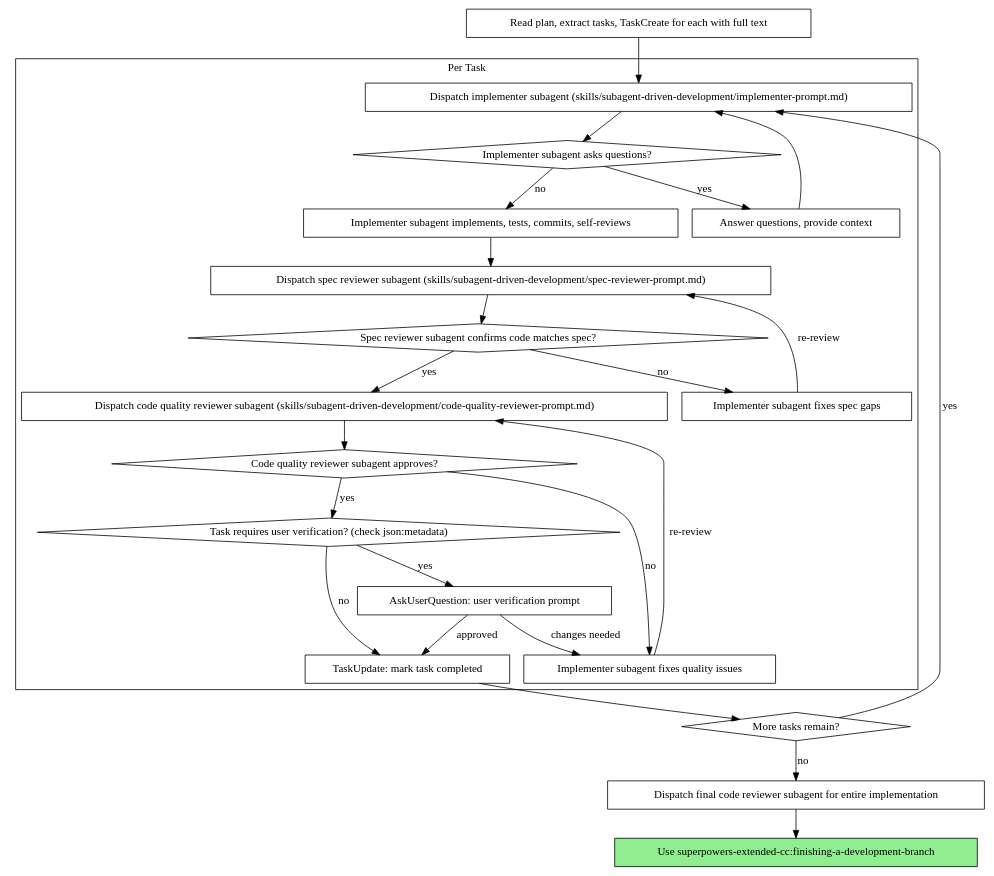
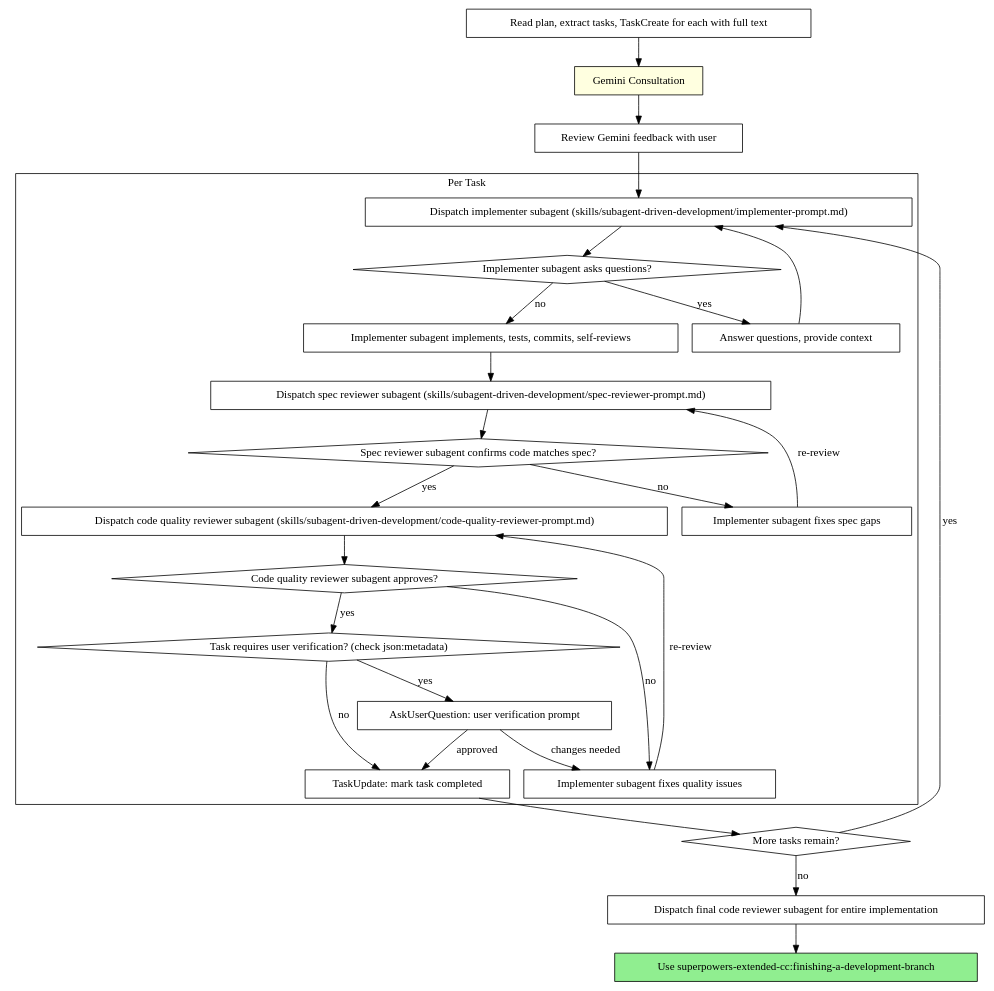
One commit to Khemyst/superpowers changed the second of 2 diagrams in skills/subagent-driven-development/SKILL.md. Above: the diagram before and after it, drawn with Graphviz. The commit also changed other lines of this file and 2 other files, not shown here.

First line of the commit message:
feat: subagent swarm option + gemini consultation phase (Jay's customizations)

````diff
--- a/skills/subagent-driven-development/SKILL.md
+++ b/skills/subagent-driven-development/SKILL.md
@@ -42,50 +42,54 @@
 ```dot
 digraph process {
     rankdir=TB;
 
     subgraph cluster_per_task {
         label="Per Task";
         "Dispatch implementer subagent (skills/subagent-driven-development/implementer-prompt.md)" [shape=box];
         "Implementer subagent asks questions?" [shape=diamond];
         "Answer questions, provide context" [shape=box];
         "Implementer subagent implements, tests, commits, self-reviews" [shape=box];
         "Dispatch spec reviewer subagent (skills/subagent-driven-development/spec-reviewer-prompt.md)" [shape=box];
         "Spec reviewer subagent confirms code matches spec?" [shape=diamond];
         "Implementer subagent fixes spec gaps" [shape=box];
         "Dispatch code quality reviewer subagent (skills/subagent-driven-development/code-quality-reviewer-prompt.md)" [shape=box];
         "Code quality reviewer subagent approves?" [shape=diamond];
         "Implementer subagent fixes quality issues" [shape=box];
         "Task requires user verification? (check json:metadata)" [shape=diamond];
         "AskUserQuestion: user verification prompt" [shape=box];
         "TaskUpdate: mark task completed" [shape=box];
     }
 
     "Read plan, extract tasks, TaskCreate for each with full text" [shape=box];
     "More tasks remain?" [shape=diamond];
     "Dispatch final code reviewer subagent for entire implementation" [shape=box];
     "Use superpowers-extended-cc:finishing-a-development-branch" [shape=box style=filled fillcolor=lightgreen];
 
-    "Read plan, extract tasks, TaskCreate for each with full text" -> "Dispatch implementer subagent (skills/subagent-driven-development/implementer-prompt.md)";
+    "Read plan, extract tasks, TaskCreate for each with full text" -> "Gemini Consultation";
+    "Gemini Consultation" [shape=box style=filled fillcolor=lightyellow];
+    "Review Gemini feedback with user" [shape=box];
+    "Gemini Consultation" -> "Review Gemini feedback with user";
+    "Review Gemini feedback with user" -> "Dispatch implementer subagent (skills/subagent-driven-development/implementer-prompt.md)";
     "Dispatch implementer subagent (skills/subagent-driven-development/implementer-prompt.md)" -> "Implementer subagent asks questions?";
     "Implementer subagent asks questions?" -> "Answer questions, provide context" [label="yes"];
     "Answer questions, provide context" -> "Dispatch implementer subagent (skills/subagent-driven-development/implementer-prompt.md)";
     "Implementer subagent asks questions?" -> "Implementer subagent implements, tests, commits, self-reviews" [label="no"];
     "Implementer subagent implements, tests, commits, self-reviews" -> "Dispatch spec reviewer subagent (skills/subagent-driven-development/spec-reviewer-prompt.md)";
     "Dispatch spec reviewer subagent (skills/subagent-driven-development/spec-reviewer-prompt.md)" -> "Spec reviewer subagent confirms code matches spec?";
     "Spec reviewer subagent confirms code matches spec?" -> "Implementer subagent fixes spec gaps" [label="no"];
     "Implementer subagent fixes spec gaps" -> "Dispatch spec reviewer subagent (skills/subagent-driven-development/spec-reviewer-prompt.md)" [label="re-review"];
     "Spec reviewer subagent confirms code matches spec?" -> "Dispatch code quality reviewer subagent (skills/subagent-driven-development/code-quality-reviewer-prompt.md)" [label="yes"];
     "Dispatch code quality reviewer subagent (skills/subagent-driven-development/code-quality-reviewer-prompt.md)" -> "Code quality reviewer subagent approves?";
     "Code quality reviewer subagent approves?" -> "Implementer subagent fixes quality issues" [label="no"];
     "Implementer subagent fixes quality issues" -> "Dispatch code quality reviewer subagent (skills/subagent-driven-development/code-quality-reviewer-prompt.md)" [label="re-review"];
     "Code quality reviewer subagent approves?" -> "Task requires user verification? (check json:metadata)" [label="yes"];
         "Task requires user verification? (check json:metadata)" -> "AskUserQuestion: user verification prompt" [label="yes"];
         "Task requires user verification? (check json:metadata)" -> "TaskUpdate: mark task completed" [label="no"];
         "AskUserQuestion: user verification prompt" -> "TaskUpdate: mark task completed" [label="approved"];
         "AskUserQuestion: user verification prompt" -> "Implementer subagent fixes quality issues" [label="changes needed"];
     "TaskUpdate: mark task completed" -> "More tasks remain?";
     "More tasks remain?" -> "Dispatch implementer subagent (skills/subagent-driven-development/implementer-prompt.md)" [label="yes"];
     "More tasks remain?" -> "Dispatch final code reviewer subagent for entire implementation" [label="no"];
     "Dispatch final code reviewer subagent for entire implementation" -> "Use superpowers-extended-cc:finishing-a-development-branch";
 }
 ```
````
